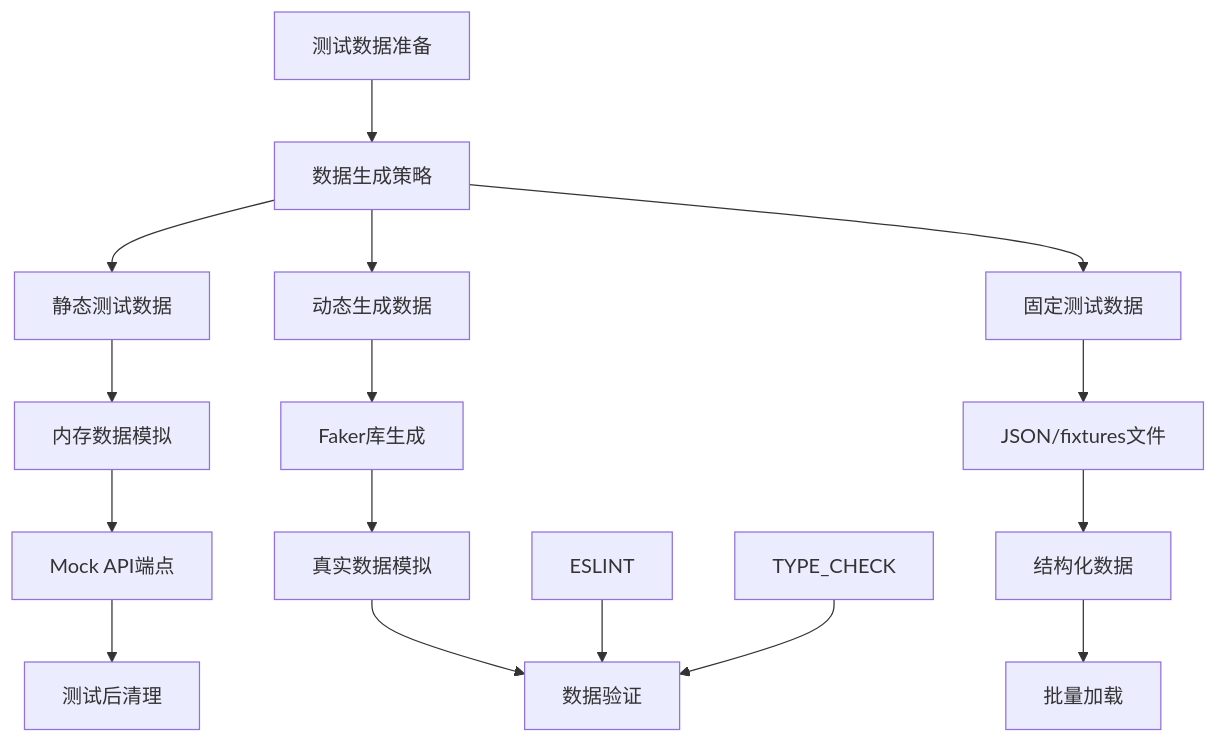
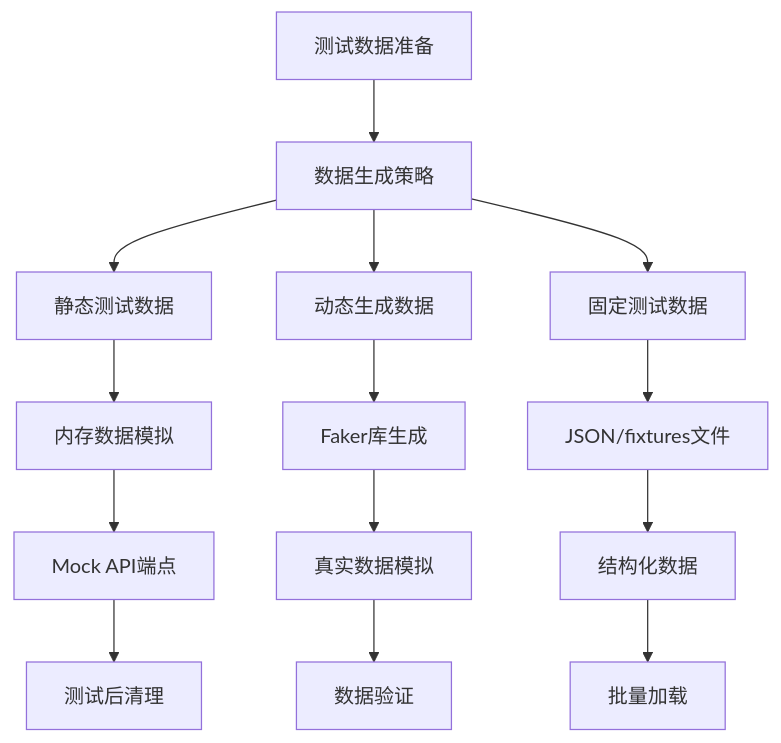
Diagram 11 of 18 in .qoder/repowiki/zh/content/核心功能开发/测试策略.md (gree-coder/fund-butler), drawn with Mermaid before and after one commit. The commit also changed other lines of this file and 21 other files, not shown here.

````diff
--- a/.qoder/repowiki/zh/content/核心功能开发/测试策略.md
+++ b/.qoder/repowiki/zh/content/核心功能开发/测试策略.md
@@ -480,18 +375,16 @@
 ```mermaid
 flowchart TD
 TestDataPreparation[测试数据准备] --> TestDataGeneration["数据生成策略"]
 TestDataGeneration --> StaticData["静态测试数据"]
 TestDataGeneration --> DynamicData["动态生成数据"]
 TestDataGeneration --> FixtureData["固定测试数据"]
 StaticData --> InMemoryDB["内存数据模拟"]
 DynamicData --> FakerLib["Faker库生成"]
 FixtureData --> JSONFixtures["JSON/fixtures文件"]
 InMemoryDB --> MockAPI["Mock API端点"]
 FakerLib --> RealisticData["真实数据模拟"]
 JSONFixtures --> StructuredData["结构化数据"]
 MockAPI --> TestDataCleanup["测试后清理"]
 RealisticData --> TestDataValidation["数据验证"]
 StructuredData --> TestDataLoading["批量加载"]
-ESLINT --> TestDataValidation
-TYPE_CHECK --> TestDataValidation
 ```
````
